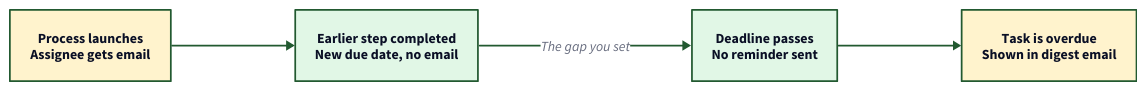
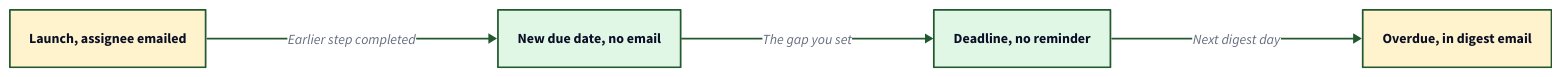
Before and after one commit to tallyfy/documentation: the second of 2 diagrams in src/content/docs/pro/documenting/templates/edit-templates/step-timings.mdx, drawn with D2. The commit also changed other lines of this file and 2 other files, not shown here.

Commit message:
Fix the launcher note, manual reminders and the work week line
A review of the first commit found these wrong or unclear:

- The notifications page said whoever launches a process gets no task
  emails. They get the launch email like any assignee with a visible step,
  so the note says that now, and the Zapier special case is gone.
- A reminder sent by hand doesn't reach a member who has switched off
  "Receive emails when I'm assigned", so the page no longer says you can
  always send one. That switch also covers your copy of an email step's
  email, which the page now says.
- The step timings page said a deadline only ever moves later. Since
  api-v2 #10445 one counted before another step moves earlier. The
  paragraph now uses PR 308's wording.
- The task types page gave the wrong settings path and had two sentences
  that said nothing. Diagram labels are shorter, with the detail in the
  notes under each one.

Part of #461

````diff
--- a/src/content/docs/pro/documenting/templates/edit-templates/step-timings.mdx
+++ b/src/content/docs/pro/documenting/templates/edit-templates/step-timings.mdx
@@ -189,34 +191,34 @@
 ```d2
 # One task over time, and which moments send an email
 direction: right
 
-Launch: "Process launches\nAssignee gets email" {
+Launch: "Launch, assignee emailed" {
   style.fill: "#fff3cd"
   style.stroke: "#225930"
 }
 
-Earlier: "Earlier step completed\nNew due date, no email" {
+Earlier: "New due date, no email" {
   style.fill: "#e1f7e6"
   style.stroke: "#225930"
 }
 
-Due: "Deadline passes\nNo reminder sent" {
+Due: "Deadline, no reminder" {
   style.fill: "#e1f7e6"
   style.stroke: "#225930"
 }
 
-Late: "Task is overdue\nShown in digest email" {
+Late: "Overdue, in digest email" {
   style.fill: "#fff3cd"
   style.stroke: "#225930"
 }
 
-Launch -> Earlier {
+Launch -> Earlier: Earlier step completed {
   style.stroke: "#225930"
 }
 Earlier -> Due: The gap you set {
   style.stroke: "#225930"
 }
-Due -> Late {
+Due -> Late: Next digest day {
   style.stroke: "#225930"
 }
 ```
````
